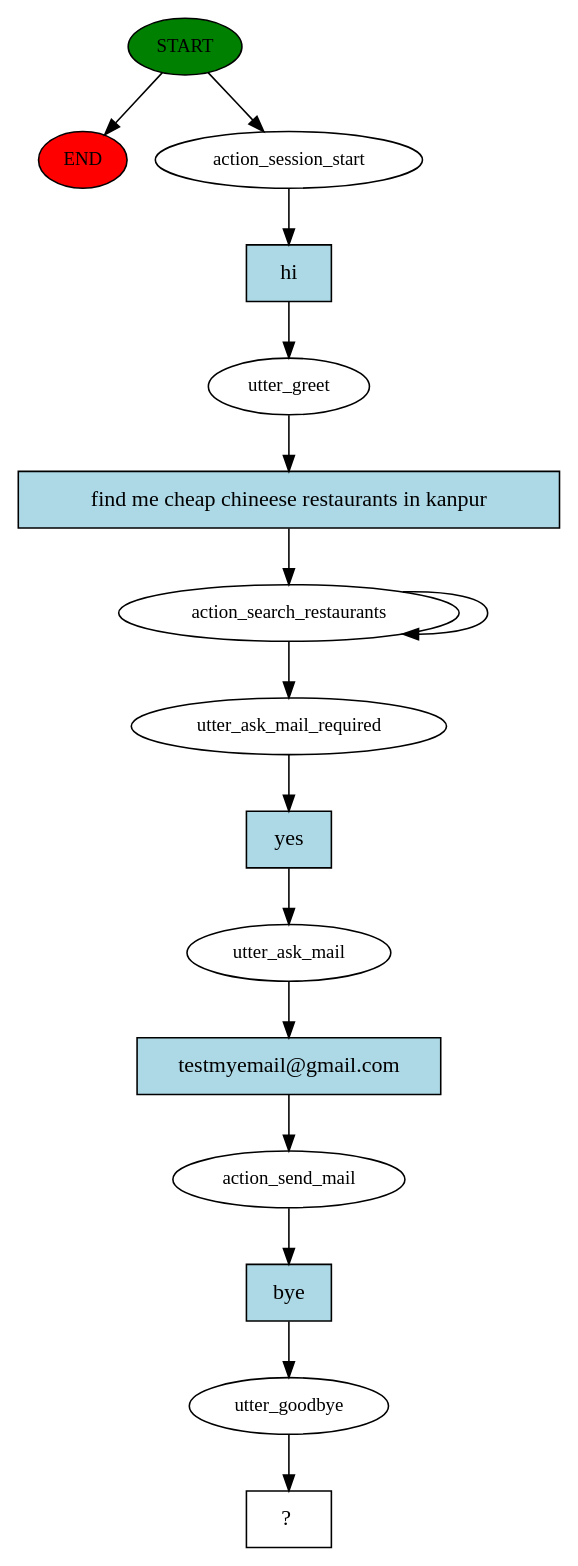
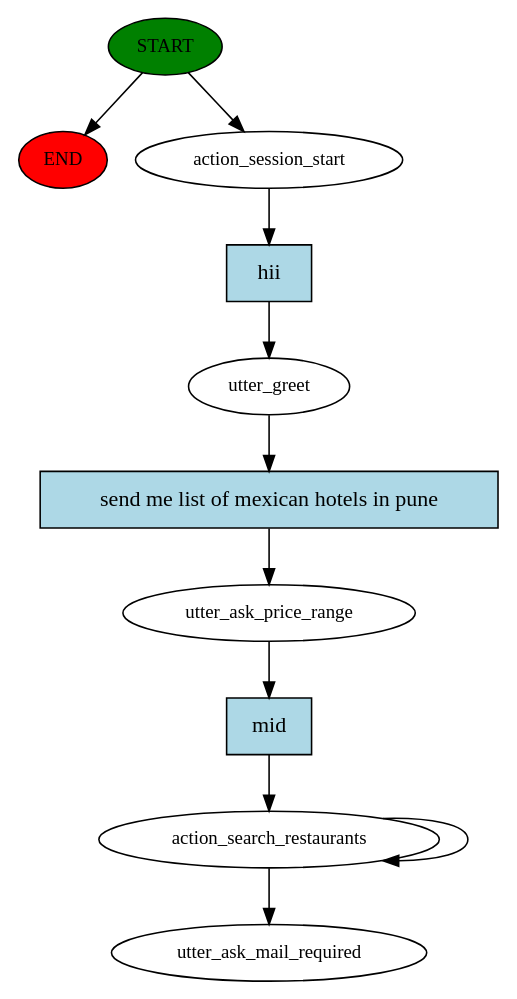
Before and after one commit to rushabh5897/NLP-ChatBot: the diagram in story_graph.dot, drawn with Graphviz. The commit also changed 3 other files, not shown here.

```diff
--- a/story_graph.dot
+++ b/story_graph.dot
@@ -1,32 +1,22 @@
 digraph  {
 0 [class="start active", fillcolor=green, fontsize=12, label=START, style=filled];
 "-1" [class=end, fillcolor=red, fontsize=12, label=END, style=filled];
 1 [class=active, fontsize=12, label=action_session_start];
 2 [class=active, fontsize=12, label=utter_greet];
-3 [class=active, fontsize=12, label=action_search_restaurants];
-5 [class=active, fontsize=12, label=utter_ask_mail_required];
-6 [class=active, fontsize=12, label=utter_ask_mail];
-7 [class=active, fontsize=12, label=action_send_mail];
-8 [class=active, fontsize=12, label=utter_goodbye];
-9 [class="intent dashed active", label="  ?  ", shape=rect];
-10 [class="intent active", fillcolor=lightblue, label=hi, shape=rect, style=filled];
-11 [class="intent active", fillcolor=lightblue, label="find me cheap chineese restaurants in kanpur", shape=rect, style=filled];
-12 [class="intent active", fillcolor=lightblue, label=yes, shape=rect, style=filled];
-13 [class="intent active", fillcolor=lightblue, label="testmyemail@gmail.com", shape=rect, style=filled];
-14 [class="intent active", fillcolor=lightblue, label=bye, shape=rect, style=filled];
+3 [class=active, fontsize=12, label=utter_ask_price_range];
+4 [class=active, fontsize=12, label=action_search_restaurants];
+6 [class="dashed active", fontsize=12, label=utter_ask_mail_required];
+7 [class="intent active", fillcolor=lightblue, label=hii, shape=rect, style=filled];
+8 [class="intent active", fillcolor=lightblue, label="send me list of mexican hotels in pune", shape=rect, style=filled];
+9 [class="intent active", fillcolor=lightblue, label=mid, shape=rect, style=filled];
 0 -> "-1"  [class="", key=NONE, label=""];
 0 -> 1  [class=active, key=NONE, label=""];
-1 -> 10  [class=active, key=0];
-2 -> 11  [class=active, key=0];
-3 -> 5  [class=active, key=NONE, label=""];
-3 -> 3  [class=active, key=NONE, label=""];
-5 -> 12  [class=active, key=0];
-6 -> 13  [class=active, key=0];
-7 -> 14  [class=active, key=0];
-8 -> 9  [class=active, key=NONE, label=""];
-10 -> 2  [class=active, key=0];
-11 -> 3  [class=active, key=0];
-12 -> 6  [class=active, key=0];
-13 -> 7  [class=active, key=0];
-14 -> 8  [class=active, key=0];
+1 -> 7  [class=active, key=0];
+2 -> 8  [class=active, key=0];
+3 -> 9  [class=active, key=0];
+4 -> 6  [class=active, key=NONE, label=""];
+4 -> 4  [class=active, key=NONE, label=""];
+7 -> 2  [class=active, key=0];
+8 -> 3  [class=active, key=0];
+9 -> 4  [class=active, key=0];
 }
```
